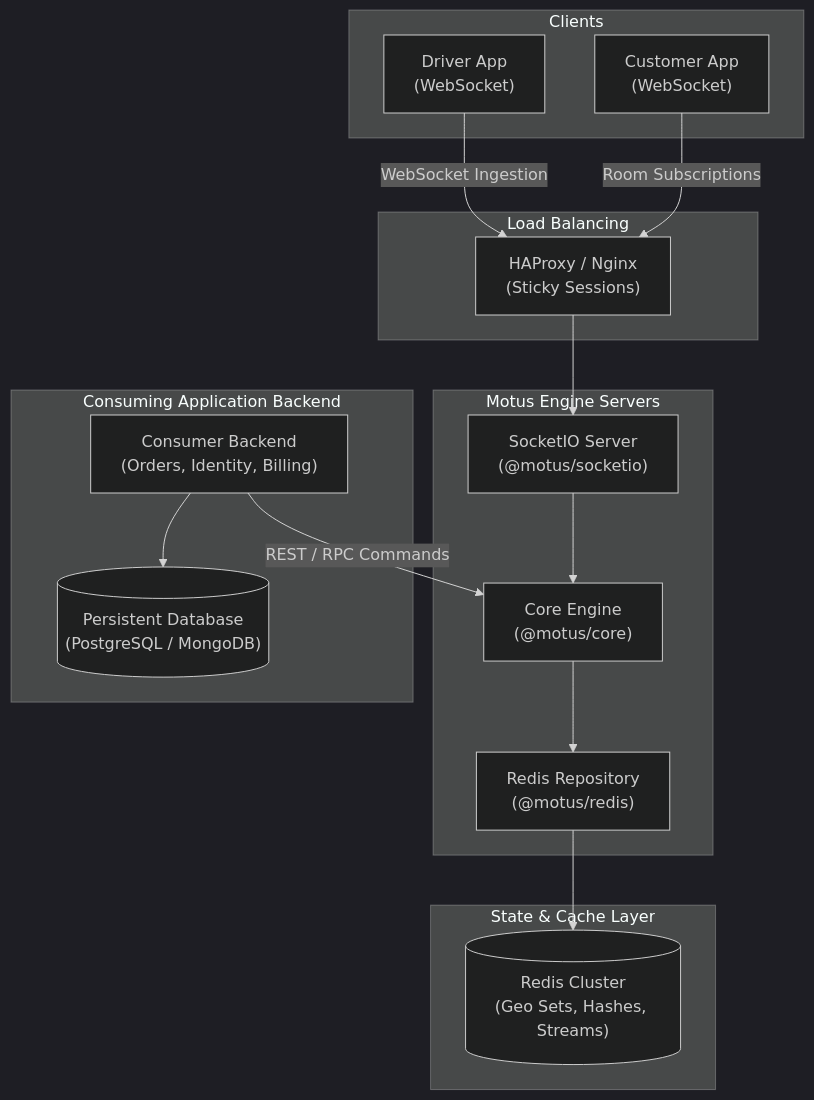
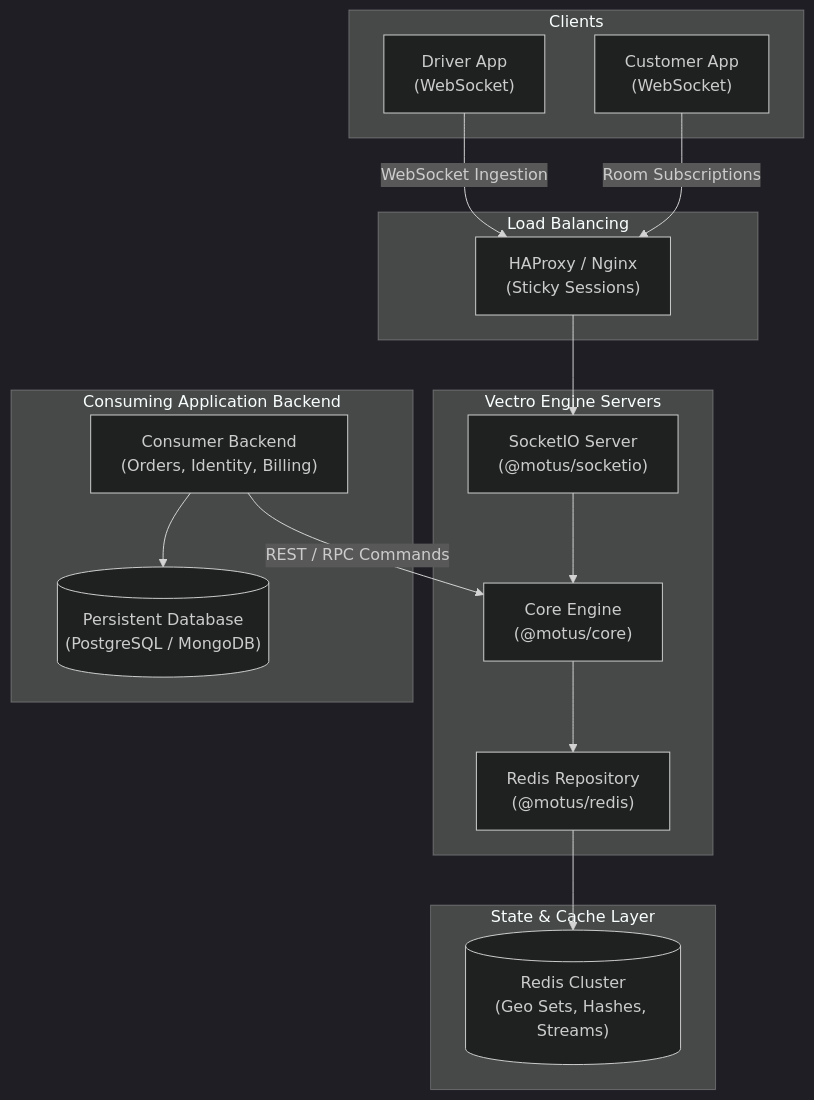
One commit to bhrji4438/motus changed the first of 4 diagrams in ARCHITECTURE.md. Above: the diagram before and after it, drawn with Mermaid (dark theme). The commit also changed other lines of this file and 41 other files, not shown here.

First line of the commit message:
docs(rebrand): rebrand platform from Motus to Vectro

````diff
--- a/ARCHITECTURE.md
+++ b/ARCHITECTURE.md
@@ -11,35 +11,35 @@
 ```mermaid
 flowchart TB
     subgraph Clients
         DApp["Driver App\n(WebSocket)"]
         CApp["Customer App\n(WebSocket)"]
     end
 
     subgraph Routing [Load Balancing]
         Proxy["HAProxy / Nginx\n(Sticky Sessions)"]
     end
 
-    subgraph AppServer [Motus Engine Servers]
+    subgraph AppServer [Vectro Engine Servers]
         SocketServer["SocketIO Server\n(@motus/socketio)"]
         CoreLib["Core Engine\n(@motus/core)"]
         RedisAdapter["Redis Repository\n(@motus/redis)"]
     end
 
     subgraph CacheLayer [State & Cache Layer]
         RedisCluster[("Redis Cluster\n(Geo Sets, Hashes, Streams)")]
     end
 
     subgraph CoreBackend [Consuming Application Backend]
         AppBackend["Consumer Backend\n(Orders, Identity, Billing)"]
         AppDB[("Persistent Database\n(PostgreSQL / MongoDB)")]
     end
 
     DApp -->|WebSocket Ingestion| Proxy
     CApp -->|Room Subscriptions| Proxy
     Proxy --> SocketServer
     SocketServer --> CoreLib
     CoreLib --> RedisAdapter
     RedisAdapter --> RedisCluster
     AppBackend -->|REST / RPC Commands| CoreLib
     AppBackend --> AppDB
 ```
````
